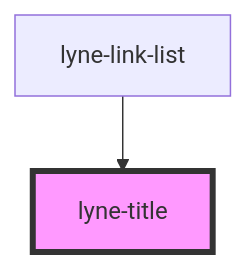
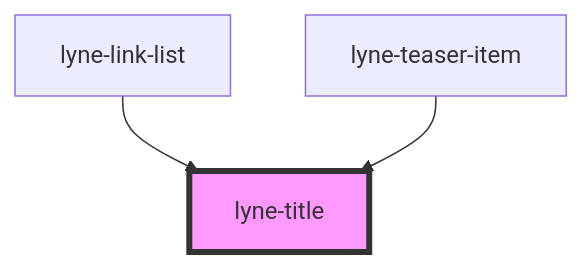
The diagram in src/components/lyne-title/readme.md (sbb-design-systems/lyne-components), drawn with Mermaid before and after one commit. The commit also changed other lines of this file and 16 other files, not shown here.

Commit message:
feat: initial commit of lyne-teaser-item & lyne-teaser-list

````diff
--- a/src/components/lyne-title/readme.md
+++ b/src/components/lyne-title/readme.md
@@ -25,5 +26,6 @@
 ```mermaid
 graph TD;
   lyne-link-list --> lyne-title
+  lyne-teaser-item --> lyne-title
   style lyne-title fill:#f9f,stroke:#333,stroke-width:4px
 ```
````
